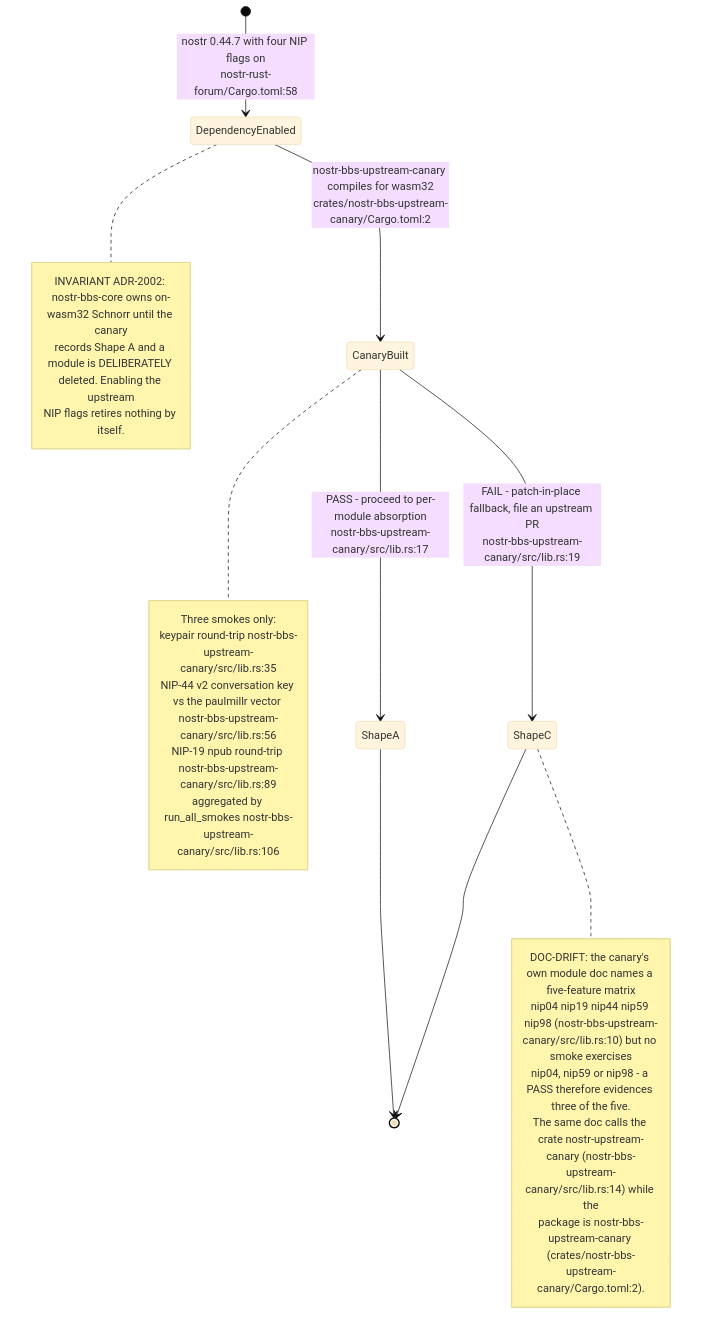
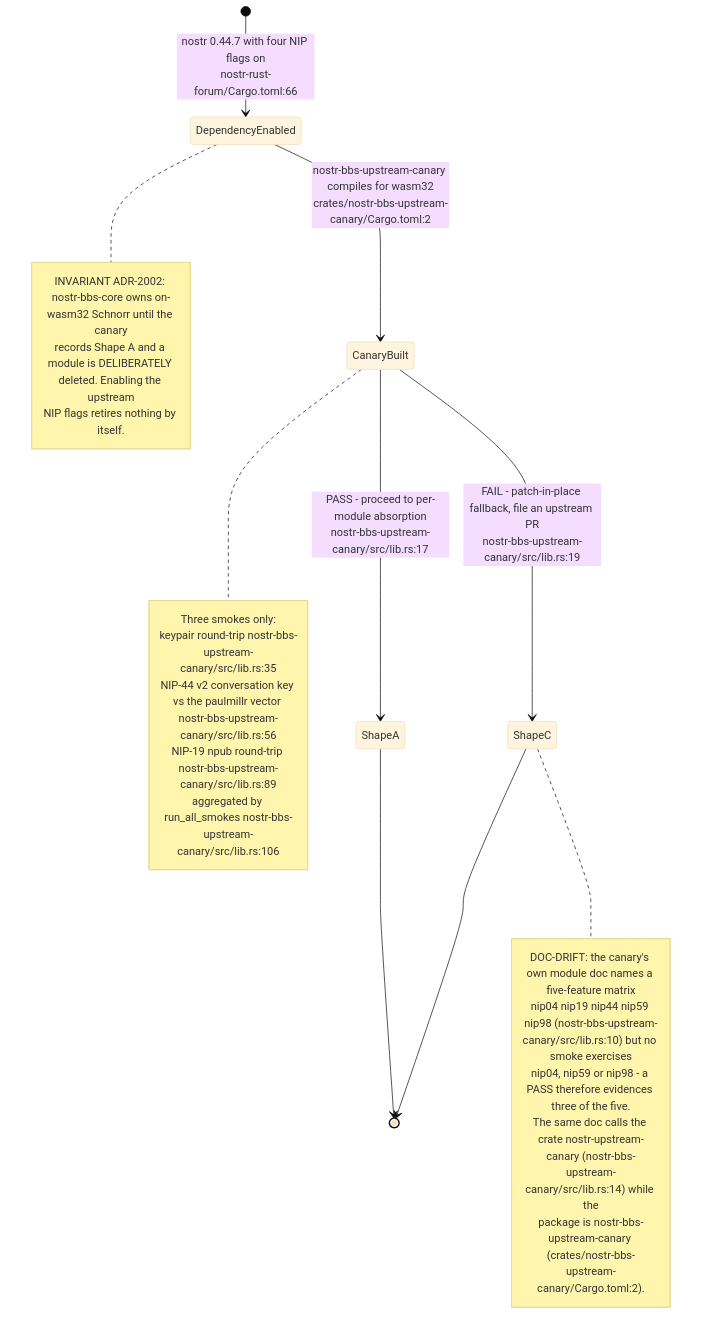
The fifth of 6 diagrams in docs/diagrams/nostr-rust-forum/01-workspace-and-worker-topology.md (DreamLab-AI/VisionFlow), drawn with Mermaid (base theme) before and after one commit. The commit also changed other lines of this file and 31 other files, not shown here.

````diff
--- a/docs/diagrams/nostr-rust-forum/01-workspace-and-worker-topology.md
+++ b/docs/diagrams/nostr-rust-forum/01-workspace-and-worker-topology.md
@@ -164,29 +165,29 @@
 ```mermaid
 stateDiagram-v2
-    [*] --> DependencyEnabled: nostr 0.44.7 with four NIP flags on<br/>nostr-rust-forum/Cargo.toml:58
+    [*] --> DependencyEnabled: nostr 0.44.7 with four NIP flags on<br/>nostr-rust-forum/Cargo.toml:66
     DependencyEnabled --> CanaryBuilt: nostr-bbs-upstream-canary compiles for wasm32<br/>crates/nostr-bbs-upstream-canary/Cargo.toml:2
     CanaryBuilt --> ShapeA: PASS - proceed to per-module absorption<br/>nostr-bbs-upstream-canary/src/lib.rs:17
     CanaryBuilt --> ShapeC: FAIL - patch-in-place fallback, file an upstream PR<br/>nostr-bbs-upstream-canary/src/lib.rs:19
     ShapeA --> [*]
     ShapeC --> [*]
 
     note right of CanaryBuilt
         Three smokes only:
         keypair round-trip nostr-bbs-upstream-canary/src/lib.rs:35
         NIP-44 v2 conversation key vs the paulmillr vector nostr-bbs-upstream-canary/src/lib.rs:56
         NIP-19 npub round-trip nostr-bbs-upstream-canary/src/lib.rs:89
         aggregated by run_all_smokes nostr-bbs-upstream-canary/src/lib.rs:106
     end note
     note right of DependencyEnabled
         INVARIANT ADR-2002: nostr-bbs-core owns on-wasm32 Schnorr until the canary
         records Shape A and a module is DELIBERATELY deleted. Enabling the upstream
         NIP flags retires nothing by itself.
     end note
     note right of ShapeC
         DOC-DRIFT: the canary's own module doc names a five-feature matrix
         nip04 nip19 nip44 nip59 nip98 (nostr-bbs-upstream-canary/src/lib.rs:10) but no smoke exercises
         nip04, nip59 or nip98 - a PASS therefore evidences three of the five.
         The same doc calls the crate nostr-upstream-canary (nostr-bbs-upstream-canary/src/lib.rs:14) while the
         package is nostr-bbs-upstream-canary (crates/nostr-bbs-upstream-canary/Cargo.toml:2).
     end note
 ```
````
